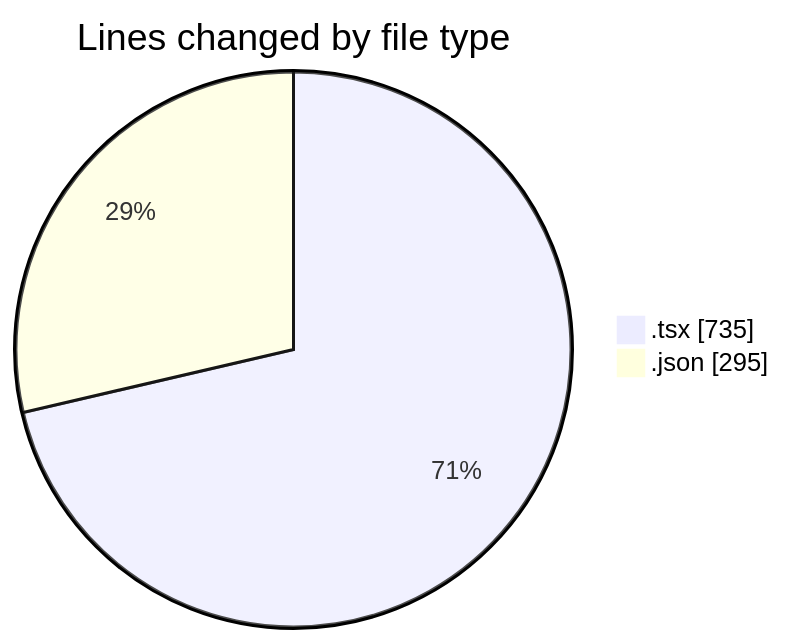
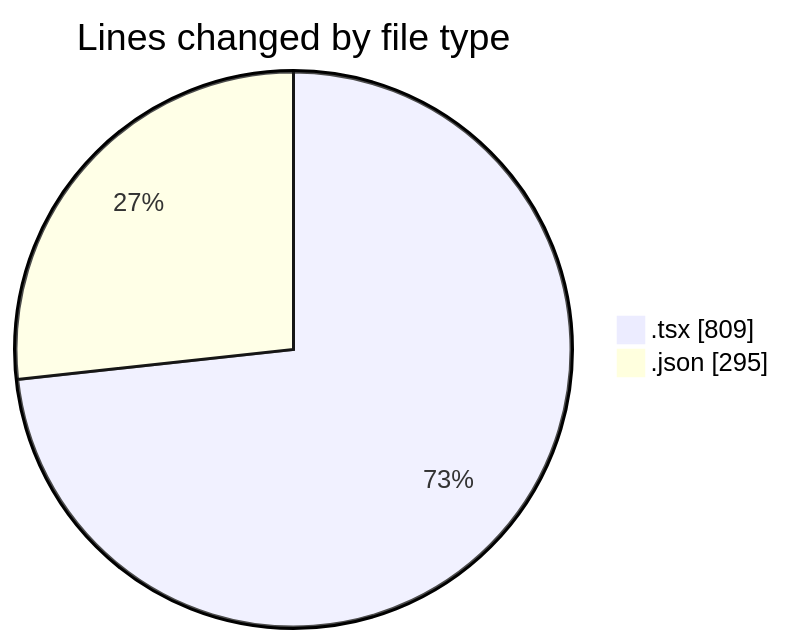
The first of 2 diagrams in 2025-10-11/eventscop-frontend-guide__workspace_/README.md (julien-gomy/code-tracking), drawn with Mermaid before and after one commit. The commit also changed other lines of this file and 1 other file, not shown here.

````diff
--- a/2025-10-11/eventscop-frontend-guide__workspace_/README.md
+++ b/2025-10-11/eventscop-frontend-guide__workspace_/README.md
@@ -26,6 +26,6 @@
 ```mermaid
 pie showData
 title Lines changed by file type
-".tsx" : 735
+".tsx" : 809
 ".json" : 295
 ```
````
